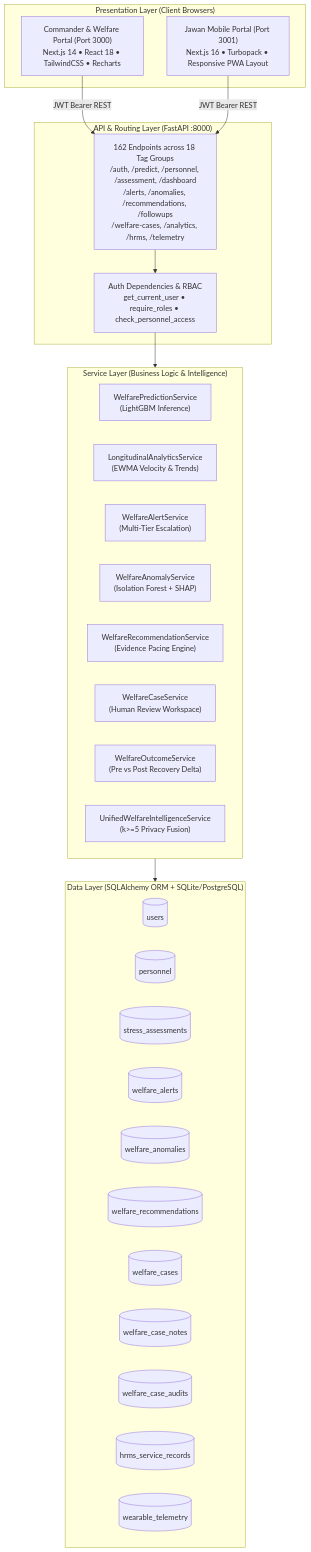
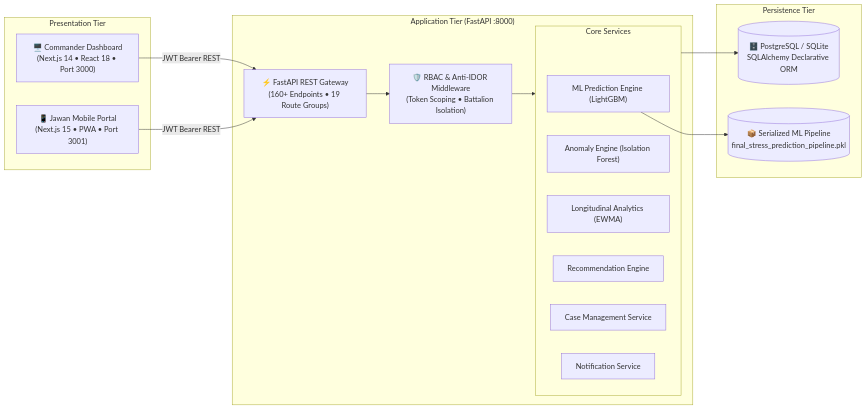
Before and after one commit to Susovan07-Slice/ManoBal: the second of 2 diagrams in README.md, drawn with Mermaid. The commit also changed other lines of this file, not shown here.

Commit message:
docs: overhaul README.md to professional standard with deployment links and architecture

````diff
--- a/README.md
+++ b/README.md
@@ -182,43 +192,33 @@
 ```mermaid
-flowchart TB
-    subgraph Presentation ["Presentation Layer (Client Browsers)"]
-        UI_CMD["Commander & Welfare Portal (Port 3000)<br>Next.js 14 • React 18 • TailwindCSS • Recharts"]
-        UI_JAW["Jawan Mobile Portal (Port 3001)<br>Next.js 16 • Turbopack • Responsive PWA Layout"]
+flowchart LR
+    subgraph Clients ["Presentation Tier"]
+        WEB["🖥️ Commander Dashboard<br>(Next.js 14 • React 18 • Port 3000)"]
+        MOB["📱 Jawan Mobile Portal<br>(Next.js 15 • PWA • Port 3001)"]
     end
 
-    subgraph API ["API & Routing Layer (FastAPI :8000)"]
-        ROUTERS["162 Endpoints across 18 Tag Groups<br>/auth, /predict, /personnel, /assessment, /dashboard<br>/alerts, /anomalies, /recommendations, /followups<br>/welfare-cases, /analytics, /hrms, /telemetry"]
-        DEPS["Auth Dependencies & RBAC<br>get_current_user • require_roles • check_personnel_access"]
+    subgraph Backend ["Application Tier (FastAPI :8000)"]
+        API["⚡ FastAPI REST Gateway<br>(160+ Endpoints • 19 Route Groups)"]
+        RBAC["🛡️ RBAC & Anti-IDOR Middleware<br>(Token Scoping • Battalion Isolation)"]
+        
+        subgraph Engines ["Core Services"]
+            ML_SVC["ML Prediction Engine (LightGBM)"]
+            ANOM_SVC["Anomaly Engine (Isolation Forest)"]
+            LONG_SVC["Longitudinal Analytics (EWMA)"]
+            REC_SVC["Recommendation Engine"]
+            CASE_SVC["Case Management Service"]
+            NOTIF_SVC["Notification Service"]
+        end
     end
 
-    subgraph Services ["Service Layer (Business Logic & Intelligence)"]
-        SRV_PRED["WelfarePredictionService<br>(LightGBM Inference)"]
-        SRV_LONG["LongitudinalAnalyticsService<br>(EWMA Velocity & Trends)"]
-        SRV_ALERT["WelfareAlertService<br>(Multi-Tier Escalation)"]
-        SRV_ANOM["WelfareAnomalyService<br>(Isolation Forest + SHAP)"]
-        SRV_REC["WelfareRecommendationService<br>(Evidence Pacing Engine)"]
-        SRV_CASE["WelfareCaseService<br>(Human Review Workspace)"]
-        SRV_OUT["WelfareOutcomeService<br>(Pre vs Post Recovery Delta)"]
-        SRV_UWI["UnifiedWelfareIntelligenceService<br>(k>=5 Privacy Fusion)"]
+    subgraph Storage ["Persistence Tier"]
+        DB[(🗄️ PostgreSQL / SQLite<br>SQLAlchemy Declarative ORM)]
+        MODELS[("📦 Serialized ML Pipeline<br>final_stress_prediction_pipeline.pkl")]
     end
 
-    subgraph Storage ["Data Layer (SQLAlchemy ORM + SQLite/PostgreSQL)"]
-        DB_USERS[(users)]
-        DB_PERS[(personnel)]
-        DB_ASSESS[(stress_assessments)]
-        DB_ALERTS[(welfare_alerts)]
-        DB_ANOM[(welfare_anomalies)]
-        DB_RECS[(welfare_recommendations)]
-        DB_CASES[(welfare_cases)]
-        DB_NOTES[(welfare_case_notes)]
-        DB_AUDIT[(welfare_case_audits)]
-        DB_HRMS[(hrms_service_records)]
-        DB_TELE[(wearable_telemetry)]
-    end
-
-    UI_CMD -- "JWT Bearer REST" --> ROUTERS
-    UI_JAW -- "JWT Bearer REST" --> ROUTERS
-    ROUTERS --> DEPS
-    DEPS --> Services
-    Services --> Storage
+    WEB -- "JWT Bearer REST" --> API
+    MOB -- "JWT Bearer REST" --> API
+    API --> RBAC
+    RBAC --> Engines
+    Engines --> DB
+    ML_SVC --> MODELS
 ```
````
